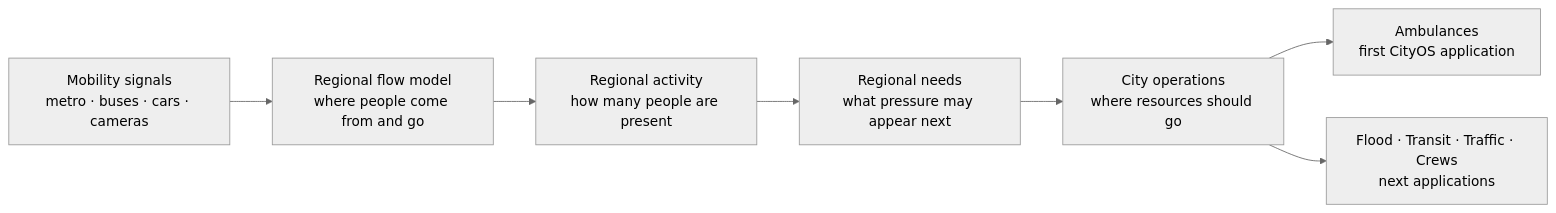
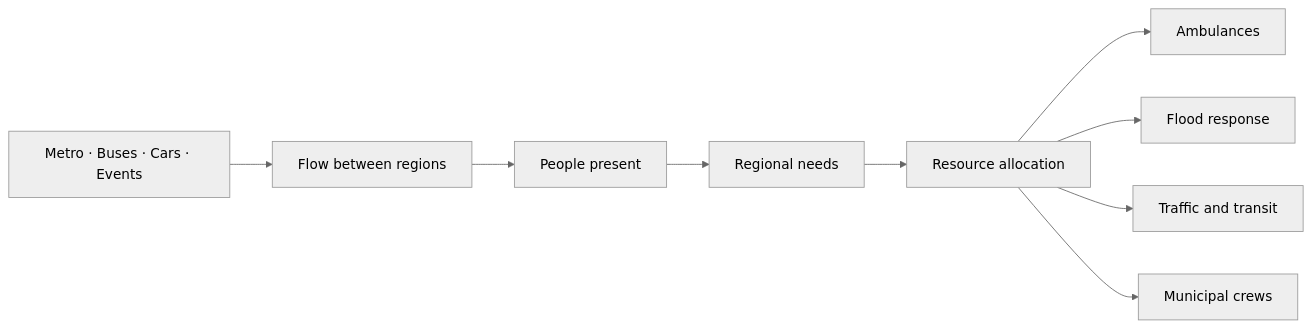
Before and after one commit to biabt/openai-hackathon: the diagram in README.md, drawn with Mermaid (neutral theme). The commit also changed other lines of this file, not shown here.

Commit message:
docs: simplify CityOS flow explanation

````diff
--- a/README.md
+++ b/README.md
@@ -20,9 +16,11 @@
 ```mermaid
 flowchart LR
-    A["Mobility signals<br/>metro · buses · cars · cameras"] --> B["Regional flow model<br/>where people come from and go"]
-    B --> C["Regional activity<br/>how many people are present"]
-    C --> D["Regional needs<br/>what pressure may appear next"]
-    D --> E["City operations<br/>where resources should go"]
-    E --> F["Ambulances<br/>first CityOS application"]
-    E --> G["Flood · Transit · Traffic · Crews<br/>next applications"]
+    A["Metro · Buses · Cars · Events"] --> B["Flow between regions"]
+    B --> C["People present"]
+    C --> D["Regional needs"]
+    D --> E["Resource allocation"]
+    E --> F["Ambulances"]
+    E --> G["Flood response"]
+    E --> H["Traffic and transit"]
+    E --> I["Municipal crews"]
 ```
````
